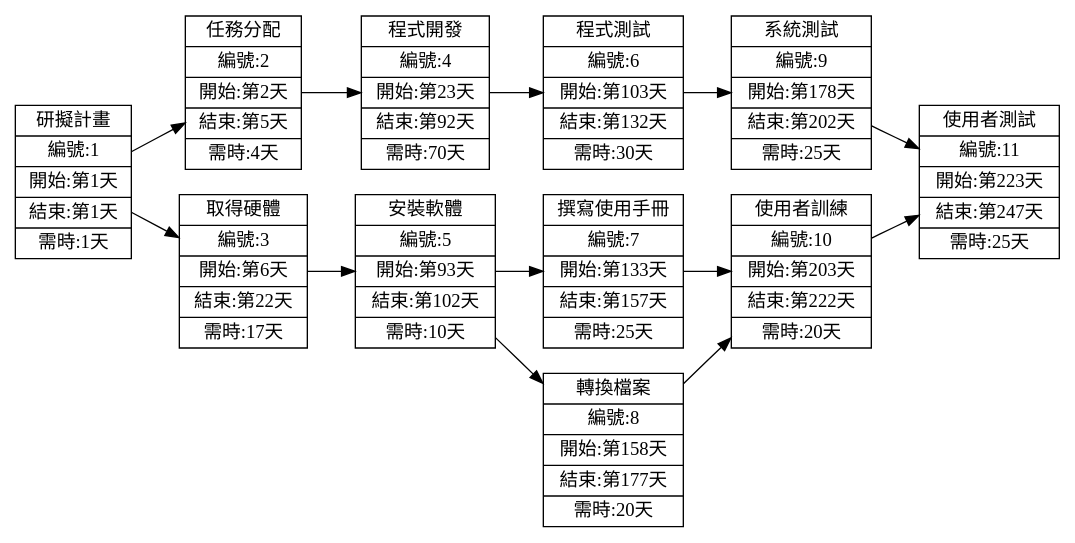
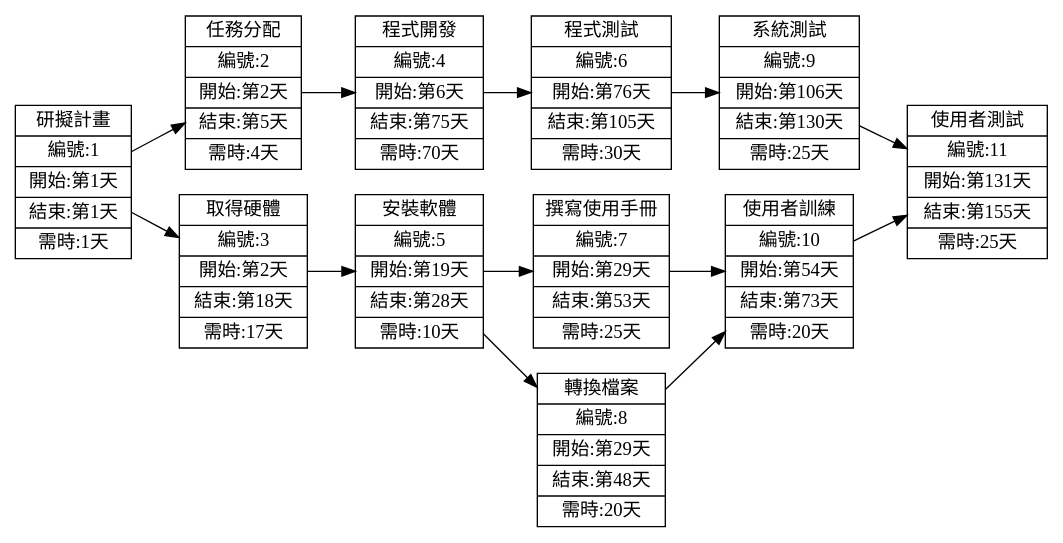
The first of 2 diagrams in hw2.md (MaryChou527/C109118238), drawn with Graphviz before and after one commit.

````diff
--- a/hw2.md
+++ b/hw2.md
@@ -1,32 +1,31 @@
 ```graphviz
 digraph {
 	node[shape=record];
 	rankdir="LR";
     no1 [label = "研擬計畫 | 編號:1 | 開始:第1天 | 結束:第1天 | 需時:1天"]
     no2 [label = "任務分配 | 編號:2 | 開始:第2天 | 結束:第5天 | 需時:4天"]
-    no3 [label = "取得硬體 | 編號:3 | 開始:第6天 | 結束:第22天 | 需時:17天"]
+    no3 [label = "取得硬體 | 編號:3 | 開始:第2天 | 結束:第18天 | 需時:17天"]
       no1->no2
       no1->no3
       {rank=same;no2 no3}
-    no4 [label = "程式開發 | 編號:4 | 開始:第23天 | 結束:第92天 | 需時:70天"]
+    no4 [label = "程式開發 | 編號:4 | 開始:第6天 | 結束:第75天 | 需時:70天"]
       no2->no4
-    no5 [label = "安裝軟體 | 編號:5 | 開始:第93天 | 結束:第102天 | 需時:10天"]
+    no5 [label = "安裝軟體 | 編號:5 | 開始:第19天 | 結束:第28天 | 需時:10天"]
       no3->no5
-    no6 [label = "程式測試 | 編號:6 | 開始:第103天 | 結束:第132天 | 需時:30天"]
+    no6 [label = "程式測試 | 編號:6 | 開始:第76天 | 結束:第105天 | 需時:30天"]
       no4->no6
-    no7 [label = "撰寫使用手冊 | 編號:7 | 開始:第133天 | 結束:第157天 | 需時:25天"]
-    no8 [label = "轉換檔案 | 編號:8 | 開始:第158天 | 結束:第177天 | 需時:20天"]
+    no7 [label = "撰寫使用手冊 | 編號:7 | 開始:第29天 | 結束:第53天 | 需時:25天"]
+    no8 [label = "轉換檔案 | 編號:8 | 開始:第29天 | 結束:第48天 | 需時:20天"]
       no5->no7
       no5->no8
       {rank=same;no7 no8}
-    no9 [label = "系統測試 | 編號:9 | 開始:第178天 | 結束:第202天 | 需時:25天"]
+    no9 [label = "系統測試 | 編號:9 | 開始:第106天 | 結束:第130天 | 需時:25天"]
       no6->no9
-    no10 [label = "使用者訓練 | 編號:10 | 開始:第203天 | 結束:第222天 | 需時:20天"]
+    no10 [label = "使用者訓練 | 編號:10 | 開始:第54天 | 結束:第73天 | 需時:20天"]
       no7->no10
       no8->no10 
-    no11 [label = "使用者測試 | 編號:11 | 開始:第223天 | 結束:第247天 | 需時:25天"]
+    no11 [label = "使用者測試 | 編號:11 | 開始:第131天 | 結束:第155天 | 需時:25天"]
       no9->no11
       no10->no11
 }
-
 ```
````
